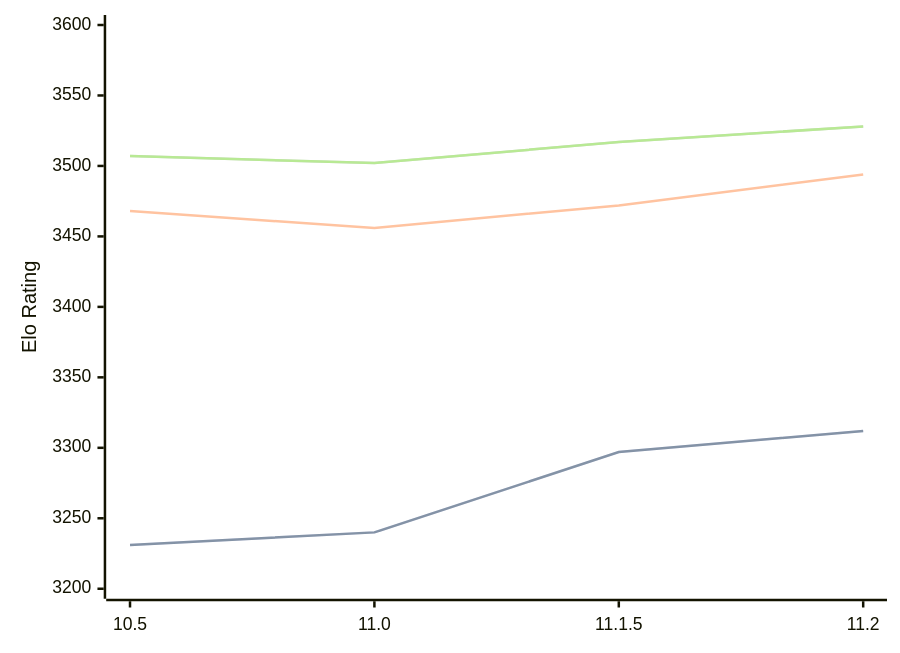
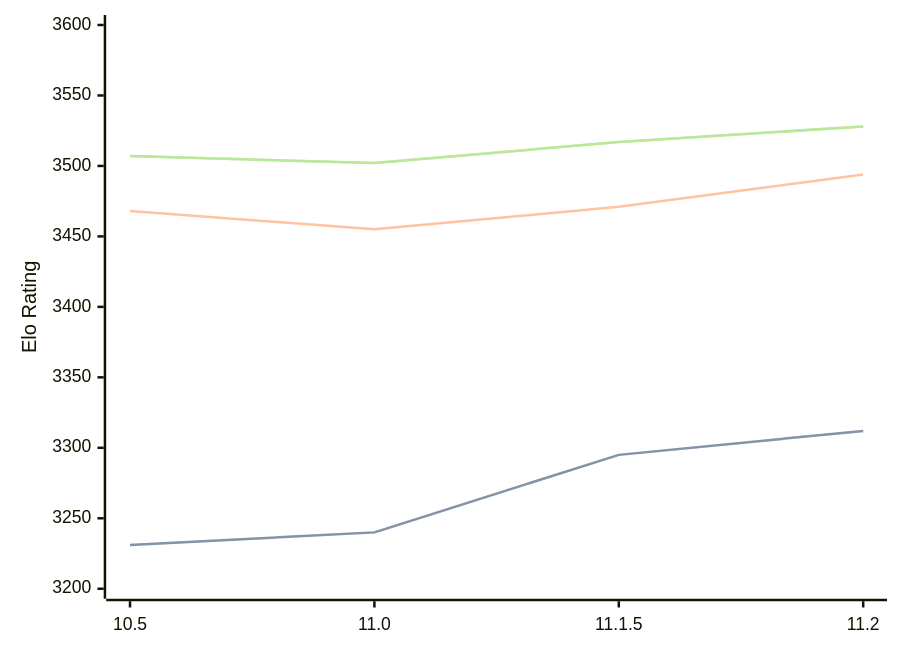
The diagram in engines/Lizard.md (computer-chess-index/cci), drawn with Mermaid before and after one commit. The commit also changed other lines of this file, not shown here.

````diff
--- a/engines/Lizard.md
+++ b/engines/Lizard.md
@@ -34,11 +34,11 @@
 ```mermaid
 %%{init: {"theme":"base","themeVariables":{"seriesColors:['#a3a3a3','#222221','#faa371']}}}%%
 xychart-beta
   x-axis ["10.5", "11.0", "11.1.5", "11.2"]
   y-axis "Elo Rating" 3200 --> 3600
-  line "" [3231, 3240, 3297, 3312]
-  line "STC (8.0+0.08s)" [3231, 3240, 3297, 3312]
-  line "LTC (60.0+0.60s)" [3468, 3456, 3472, 3494]
+  line "" [3231, 3240, 3295, 3312]
+  line "STC (8.0+0.08s)" [3231, 3240, 3295, 3312]
+  line "LTC (60.0+0.60s)" [3468, 3455, 3471, 3494]
   line "" [3507, 3502, 3517, 3528]
   line "VLTC (2m24s+1.12s)" [3507, 3502, 3517, 3528]
 ```
````
